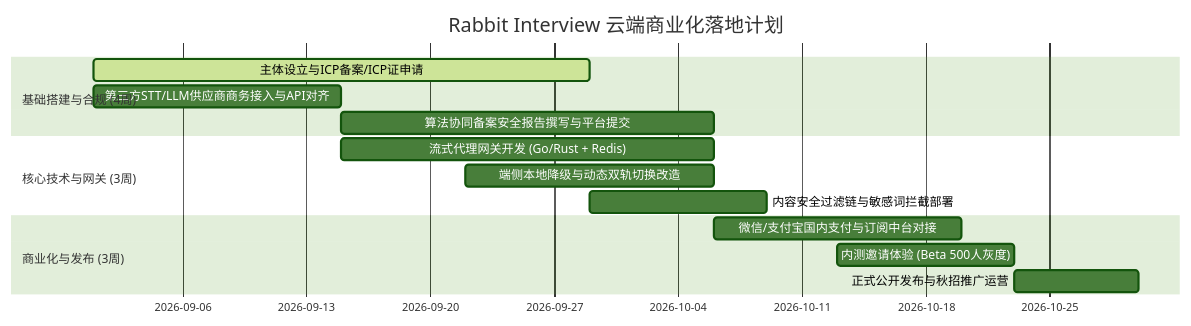
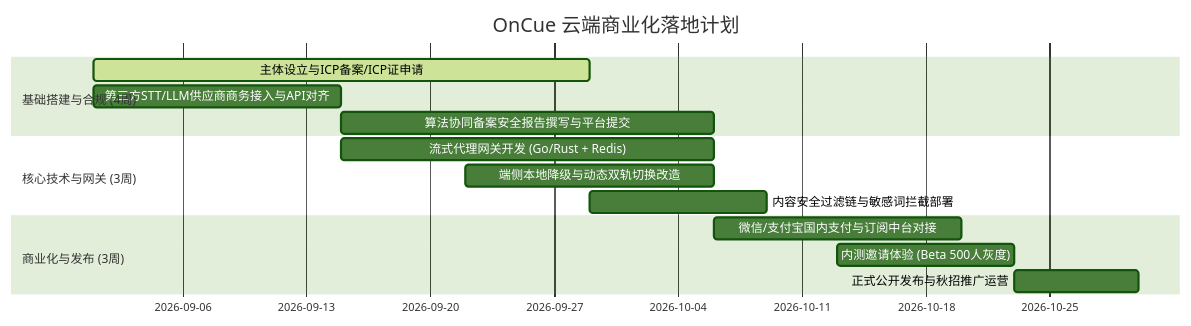
One commit to FluxAether/rabbit-interview changed the fifth of 5 diagrams in docs/cloud_stt_llm_subscription_proposal.md. Above: the diagram before and after it, drawn with Mermaid (forest theme). The commit also changed other lines of this file and 32 other files, not shown here.

Commit message:
Rebrand Rabbit Interview as OnCue

````diff
--- a/docs/cloud_stt_llm_subscription_proposal.md
+++ b/docs/cloud_stt_llm_subscription_proposal.md
@@ -181,17 +181,17 @@
 ```mermaid
 gantt
-    title Rabbit Interview 云端商业化落地计划
+    title OnCue 云端商业化落地计划
     dateFormat  YYYY-MM-DD
     section 基础搭建与合规 (4周)
     主体设立与ICP备案/ICP证申请   :active, des1, 2026-09-01, 28d
     第三方STT/LLM供应商商务接入与API对齐 :des2, 2026-09-01, 14d
     算法协同备案安全报告撰写与平台提交 :des3, 2026-09-15, 21d
     section 核心技术与网关 (3周)
     流式代理网关开发 (Go/Rust + Redis) :dev1, 2026-09-15, 21d
     端侧本地降级与动态双轨切换改造     :dev2, 2026-09-22, 14d
     内容安全过滤链与敏感词拦截部署     :dev3, 2026-09-29, 10d
     section 商业化与发布 (3周)
     微信/支付宝国内支付与订阅中台对接 :pay1, 2026-10-06, 14d
     内测邀请体验 (Beta 500人灰度)      :test1, 2026-10-13, 10d
     正式公开发布与秋招推广运营         :rel1, 2026-10-23, 7d
 ```
````
